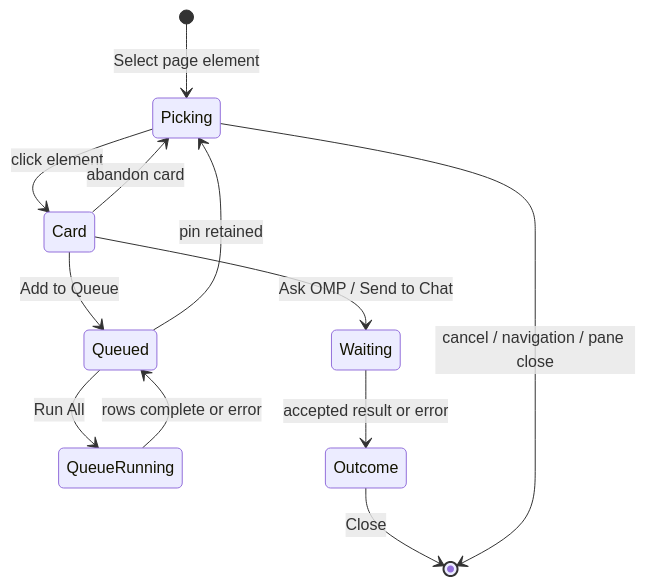
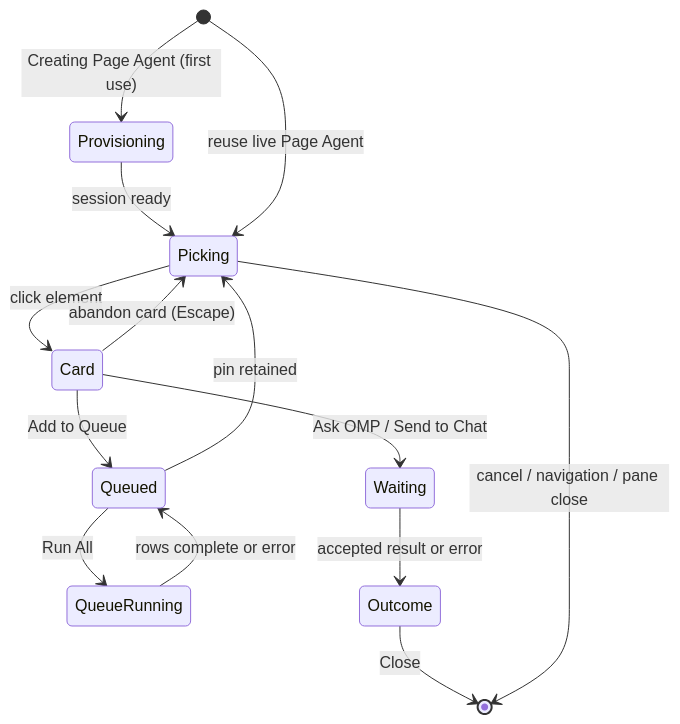
Before and after one commit to brainwhocodes/gradivus-desktop: the diagram in product-docs/features/browser-selection-to-chat.md, drawn with Mermaid. The commit also changed other lines of this file and 18 other files, not shown here.

````diff
--- a/product-docs/features/browser-selection-to-chat.md
+++ b/product-docs/features/browser-selection-to-chat.md
@@ -51,14 +51,16 @@
 ```mermaid
 stateDiagram-v2
-    [*] --> Picking: Select page element
+    [*] --> Provisioning: Creating Page Agent (first use)
+    Provisioning --> Picking: session ready
+    [*] --> Picking: reuse live Page Agent
     Picking --> Card: click element
-    Card --> Picking: abandon card
+    Card --> Picking: abandon card (Escape)
     Card --> Waiting: Ask OMP / Send to Chat
     Card --> Queued: Add to Queue
     Queued --> Picking: pin retained
     Queued --> QueueRunning: Run All
     QueueRunning --> Queued: rows complete or error
     Waiting --> Outcome: accepted result or error
     Outcome --> [*]: Close
     Picking --> [*]: cancel / navigation / pane close
 ```
````
